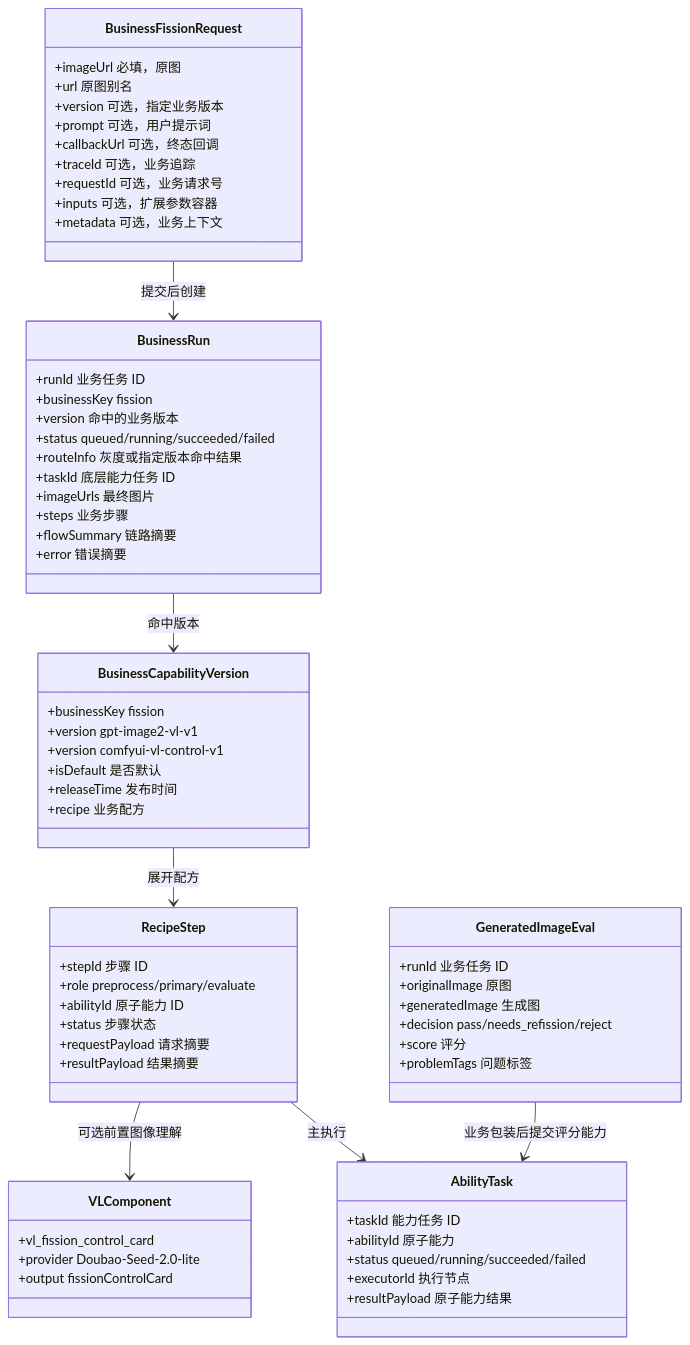
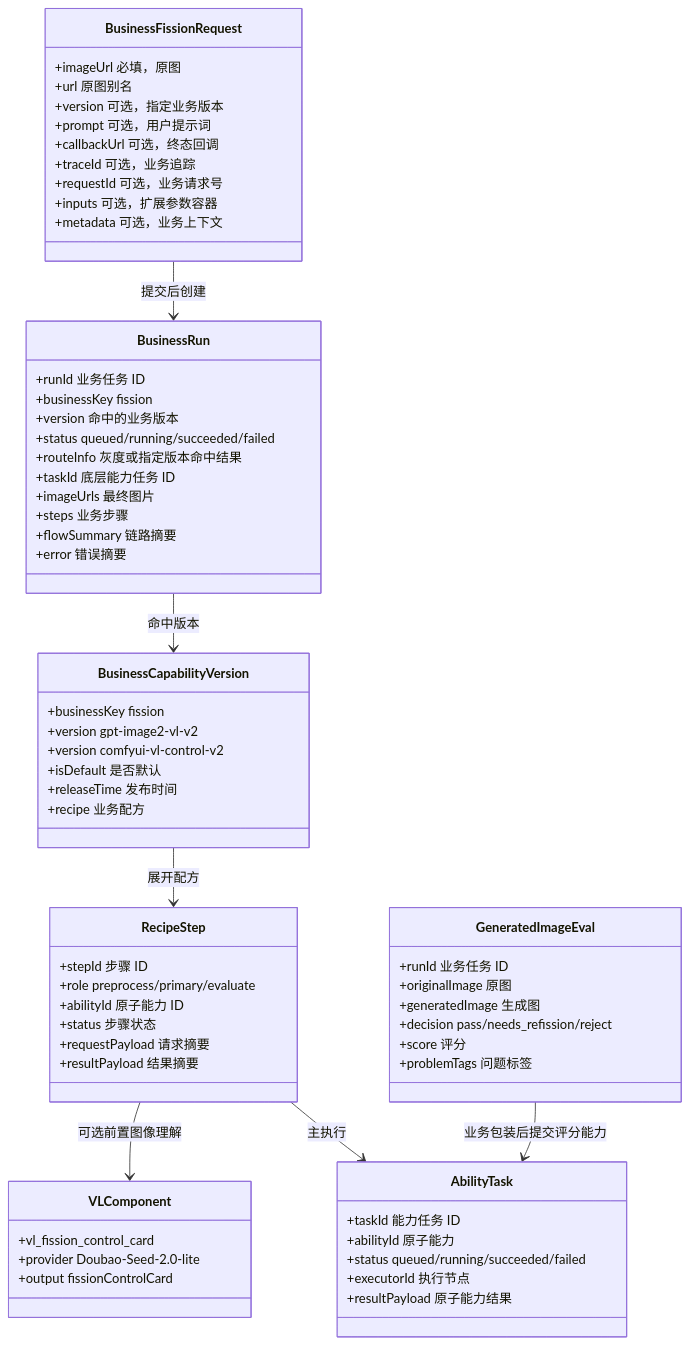
Before and after one commit to zhangx1234994/POD_AI: the first of 3 diagrams in docs/api/examples/fission-delivery-contract-2026-05-12.md, drawn with Mermaid. The commit also changed other lines of this file and 18 other files, not shown here.

````diff
--- a/docs/api/examples/fission-delivery-contract-2026-05-12.md
+++ b/docs/api/examples/fission-delivery-contract-2026-05-12.md
@@ -47,75 +47,75 @@
 ```mermaid
 classDiagram
     class BusinessFissionRequest {
         +imageUrl 必填，原图
         +url 原图别名
         +version 可选，指定业务版本
         +prompt 可选，用户提示词
         +callbackUrl 可选，终态回调
         +traceId 可选，业务追踪
         +requestId 可选，业务请求号
         +inputs 可选，扩展参数容器
         +metadata 可选，业务上下文
     }
 
     class BusinessRun {
         +runId 业务任务 ID
         +businessKey fission
         +version 命中的业务版本
         +status queued/running/succeeded/failed
         +routeInfo 灰度或指定版本命中结果
         +taskId 底层能力任务 ID
         +imageUrls 最终图片
         +steps 业务步骤
         +flowSummary 链路摘要
         +error 错误摘要
     }
 
     class BusinessCapabilityVersion {
         +businessKey fission
-        +version gpt-image2-vl-v1
-        +version comfyui-vl-control-v1
+        +version gpt-image2-vl-v2
+        +version comfyui-vl-control-v2
         +isDefault 是否默认
         +releaseTime 发布时间
         +recipe 业务配方
     }
 
     class RecipeStep {
         +stepId 步骤 ID
         +role preprocess/primary/evaluate
         +abilityId 原子能力 ID
         +status 步骤状态
         +requestPayload 请求摘要
         +resultPayload 结果摘要
     }
 
     class AbilityTask {
         +taskId 能力任务 ID
         +abilityId 原子能力
         +status queued/running/succeeded/failed
         +executorId 执行节点
         +resultPayload 原子能力结果
     }
 
     class VLComponent {
         +vl_fission_control_card
         +provider Doubao-Seed-2.0-lite
         +output fissionControlCard
     }
 
     class GeneratedImageEval {
         +runId 业务任务 ID
         +originalImage 原图
         +generatedImage 生成图
         +decision pass/needs_refission/reject
         +score 评分
         +problemTags 问题标签
     }
 
     BusinessFissionRequest --> BusinessRun : 提交后创建
     BusinessRun --> BusinessCapabilityVersion : 命中版本
     BusinessCapabilityVersion --> RecipeStep : 展开配方
     RecipeStep --> VLComponent : 可选前置图像理解
     RecipeStep --> AbilityTask : 主执行
     GeneratedImageEval --> AbilityTask : 业务包装后提交评分能力
 ```
````
